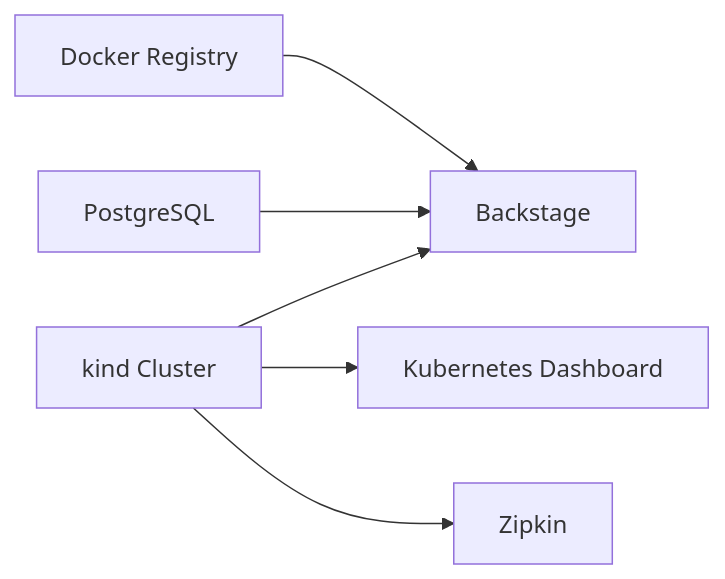
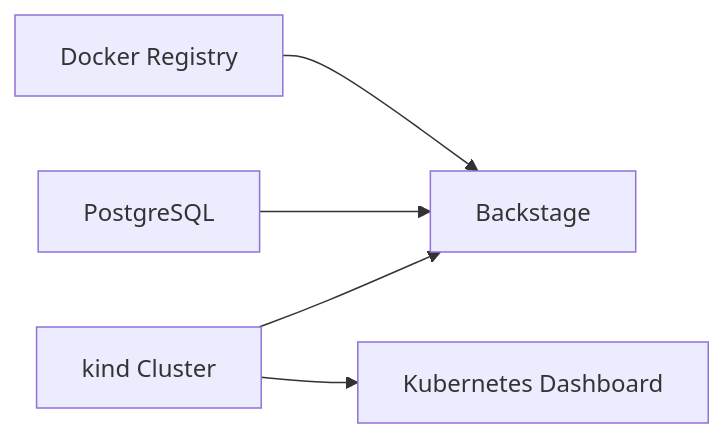
One commit to medimohammadise/elegant-infra-engine changed the third of 3 diagrams in README.md. Above: the diagram before and after it, drawn with Mermaid. The commit also changed other lines of this file, not shown here.

Commit message:
Remove Zipkin additions from README diagrams

````diff
--- a/README.md
+++ b/README.md
@@ -81,8 +76,7 @@
 ```mermaid
 flowchart LR
   Registry["Docker Registry"] --> BackstageApp["Backstage"]
   PostgresDb["PostgreSQL"] --> BackstageApp
   KindCluster["kind Cluster"] --> BackstageApp
   KindCluster --> DashboardUi["Kubernetes Dashboard"]
-  KindCluster --> ZipkinUi["Zipkin"]
 ```
````
